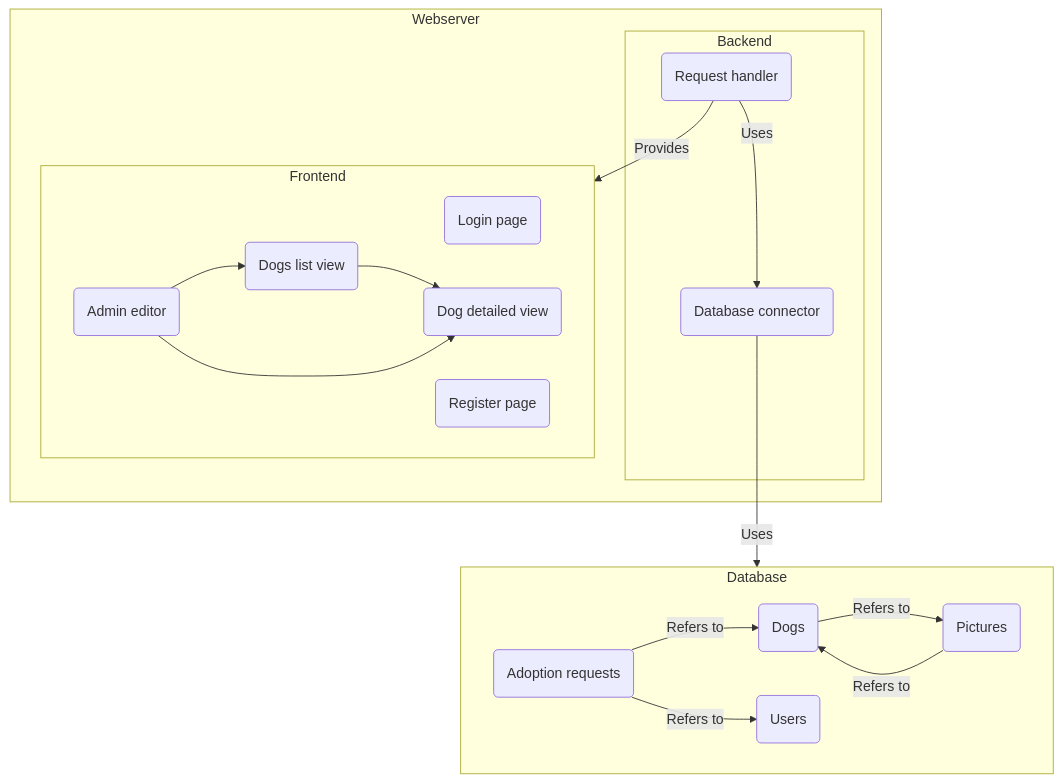
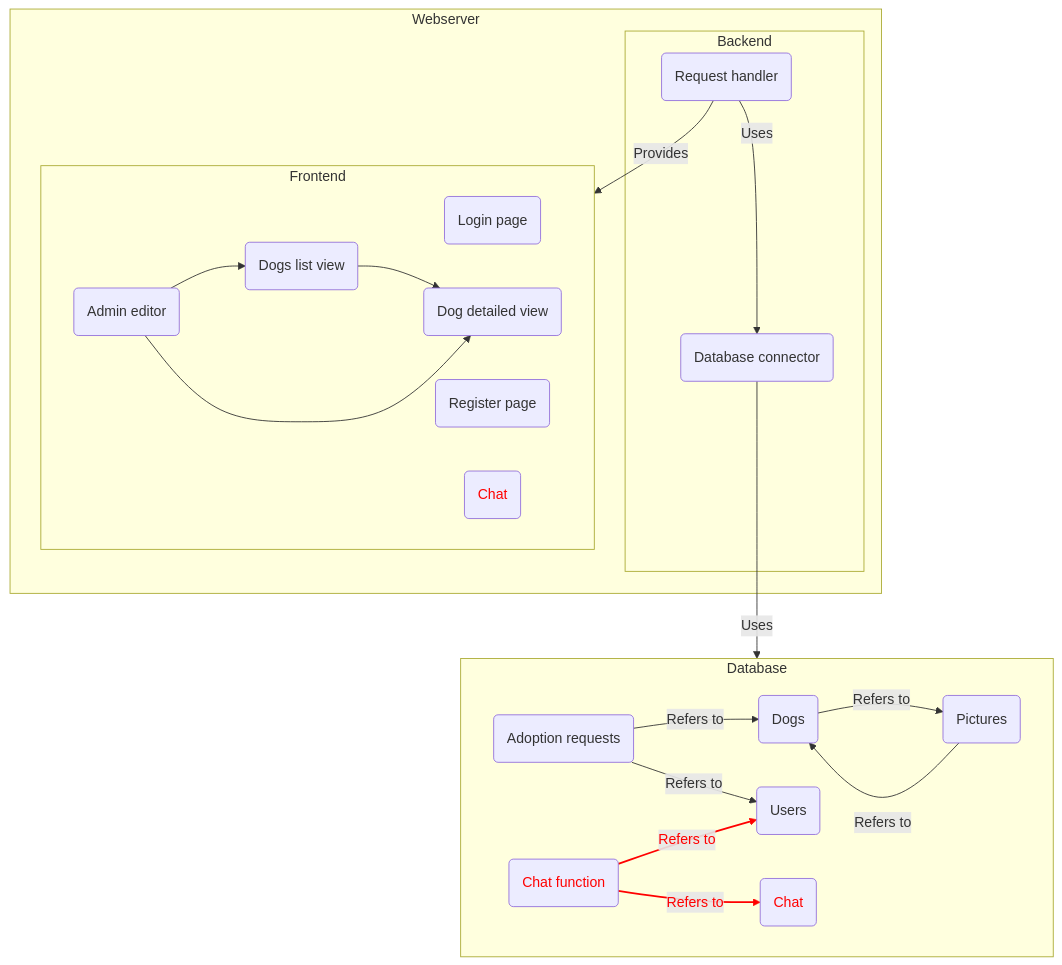
Before and after one commit to Macsoo/its-not-a-bug-its-a-feature: the fourth of 7 diagrams in docs/bigProject/rendszerterv.md, drawn with Mermaid. The commit also changed other lines of this file, not shown here.

Commit message:
docs: updated 7. Absztrakt domain modell in rendszerterv.md

````diff
--- a/docs/bigProject/rendszerterv.md
+++ b/docs/bigProject/rendszerterv.md
@@ -331,31 +331,38 @@
 ```mermaid
 flowchart TD
     subgraph Webserver
         subgraph Backend
             db_connector(Database connector)
             request_handler(Request handler)
             request_handler -- Uses --> db_connector
         end
         subgraph Frontend
             login(Login page)
             register(Register page)
             admin_editor(Admin editor)
             dogs_list(Dogs list view)
             dog_details(Dog detailed view)
+            chat_function(<span style='color: red'>Chat</span>)
             dogs_list --> dog_details
             admin_editor --> dogs_list
             admin_editor --> dog_details
         end
         request_handler -- Provides --> Frontend
     end
     subgraph Database
         dogs(Dogs)
         pictures(Pictures)
         users(Users)
         adoption_requests(Adoption requests)
+        fn_chat(<span style='color: red'>Chat function</span>)
+        chat_db(<span style='color: red'>Chat</span>)
         dogs -- Refers to --> pictures
         pictures -- Refers to --> dogs
         adoption_requests -- Refers to --> dogs & users
+        fn_chat -- <span style='color: red'>Refers to</span> --> users
+        fn_chat -- <span style='color: red'>Refers to</span> --> chat_db
+        linkStyle 9 stroke: #ff0000, stroke-width: 2px
+        linkStyle 10 stroke: #ff0000, stroke-width: 2px
     end
     db_connector -- Uses --> Database
 ```
````
